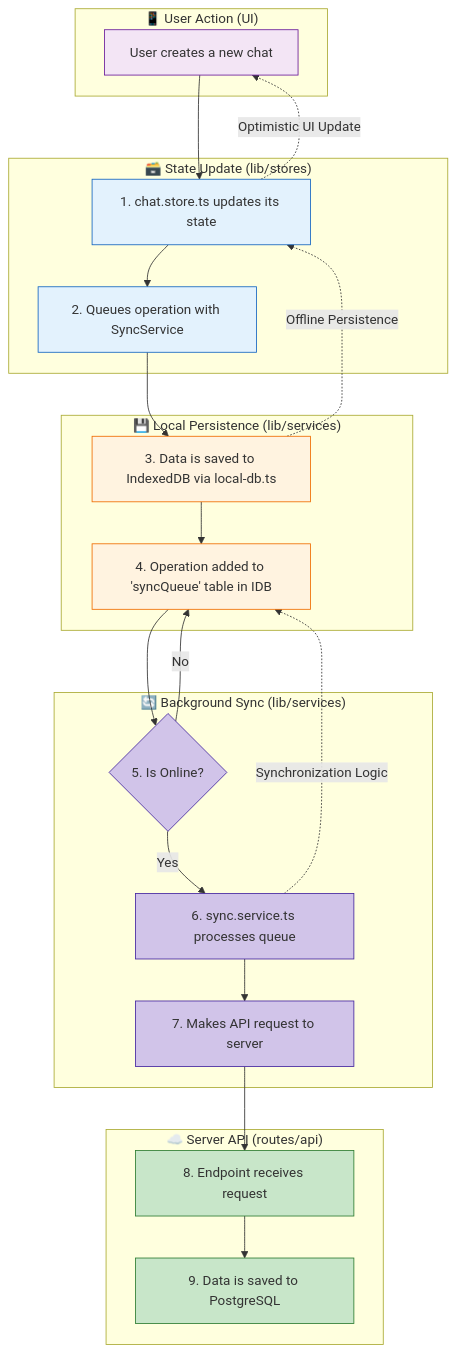
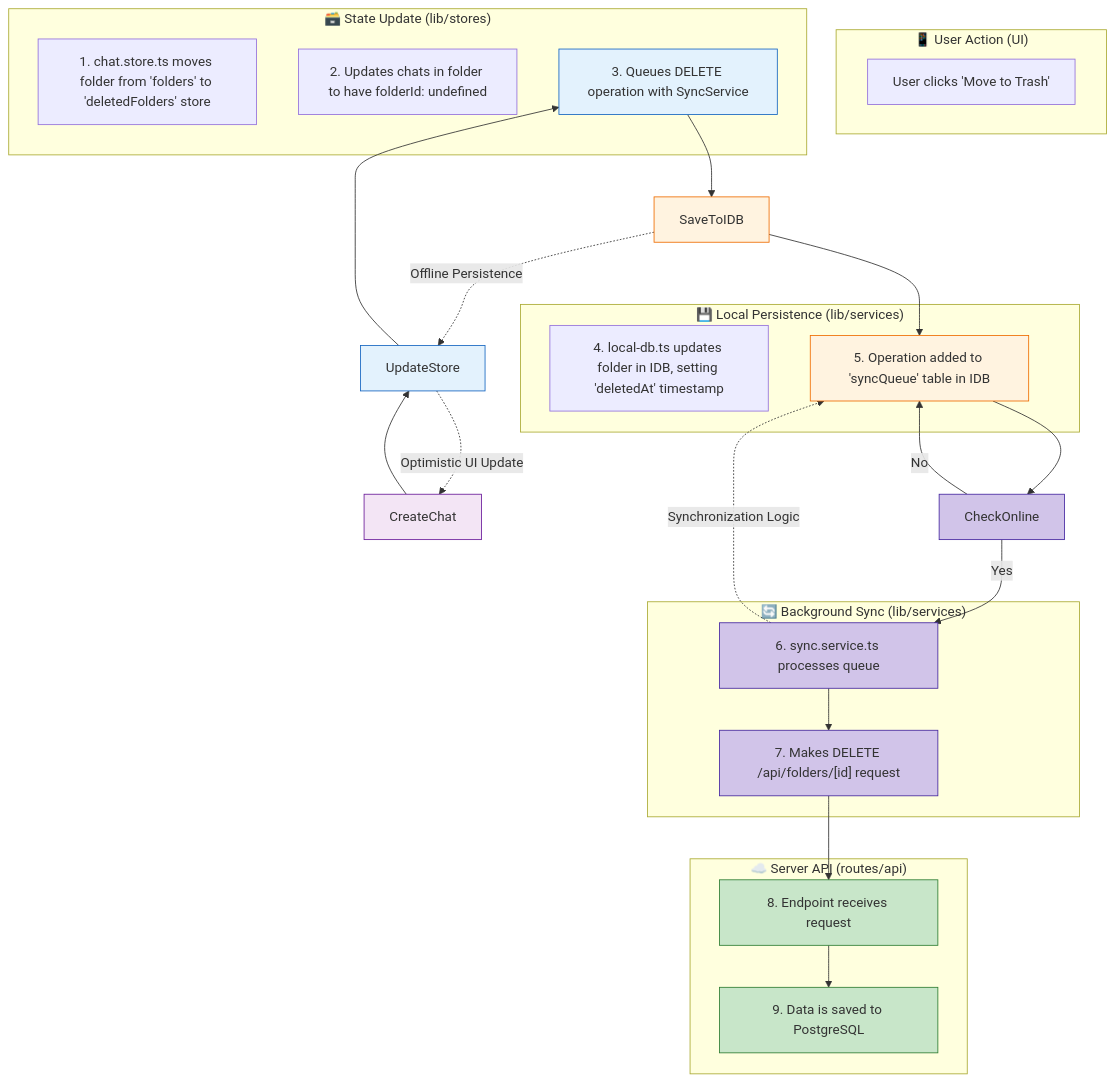
The third of 7 diagrams in doc/specs/documentation.md (m1981/mychat-svelte), drawn with Mermaid before and after one commit. The commit also changed other lines of this file and 12 other files, not shown here.

Commit message:
feat: add folder soft delete and trash restore

````diff
--- a/doc/specs/documentation.md
+++ b/doc/specs/documentation.md
@@ -131,59 +131,59 @@
 ```mermaid
 flowchart TD
     subgraph "📱 User Action (UI)"
-        CreateChat["User creates a new chat"]
+        DeleteFolder["User clicks 'Move to Trash'"]
     end
 
     subgraph "🗃️ State Update (lib/stores)"
-        UpdateStore["1. chat.store.ts updates its state"]
-        QueueOp["2. Queues operation with SyncService"]
+        UpdateStores["1. chat.store.ts moves folder from 'folders' to 'deletedFolders' store"]
+        UpdateChats["2. Updates chats in folder to have folderId: undefined"]
+        QueueOp["3. Queues DELETE operation with SyncService"]
     end
 
     subgraph "💾 Local Persistence (lib/services)"
-        SaveToIDB["3. Data is saved to IndexedDB via local-db.ts"]
-        AddToQueue["4. Operation added to 'syncQueue' table in IDB"]
+        UpdateIDB["4. local-db.ts updates folder in IDB, setting 'deletedAt' timestamp"]
+        AddToQueue["5. Operation added to 'syncQueue' table in IDB"]
     end
 
     subgraph "🔄 Background Sync (lib/services)"
-        CheckOnline{"5. Is Online?"}
         ProcessQueue["6. sync.service.ts processes queue"]
-        MakeRequest["7. Makes API request to server"]
+        MakeRequest["7. Makes DELETE /api/folders/[id] request"]
     end
 
     subgraph "☁️ Server API (routes/api)"
         ReceiveRequest["8. Endpoint receives request"]
         PersistToDB["9. Data is saved to PostgreSQL"]
     end
 
     %% Flow
     CreateChat --> UpdateStore
     UpdateStore --> QueueOp
     QueueOp --> SaveToIDB
     SaveToIDB --> AddToQueue
     AddToQueue --> CheckOnline
 
     CheckOnline -- Yes --> ProcessQueue
     CheckOnline -- No --> AddToQueue
     ProcessQueue --> MakeRequest
     MakeRequest --> ReceiveRequest
     ReceiveRequest --> PersistToDB
 
     %% Critical Path Highlighting
     UpdateStore -.->|"Optimistic UI Update"| CreateChat
     SaveToIDB -.->|"Offline Persistence"| UpdateStore
     ProcessQueue -.->|"Synchronization Logic"| AddToQueue
 
     %% Styling
     classDef ui fill:#f3e5f5,stroke:#6a1b9a
     classDef stores fill:#e3f2fd,stroke:#1565c0
     classDef local fill:#fff3e0,stroke:#ef6c00
     classDef sync fill:#d1c4e9,stroke:#4527a0
     classDef server fill:#c8e6c9,stroke:#2e7d32
     classDef critical stroke:#d32f2f,stroke-width:2px,stroke-dasharray: 5 5
 
     class CreateChat ui
     class UpdateStore,QueueOp stores
     class SaveToIDB,AddToQueue local
     class CheckOnline,ProcessQueue,MakeRequest sync
     class ReceiveRequest,PersistToDB server
 ```
````
